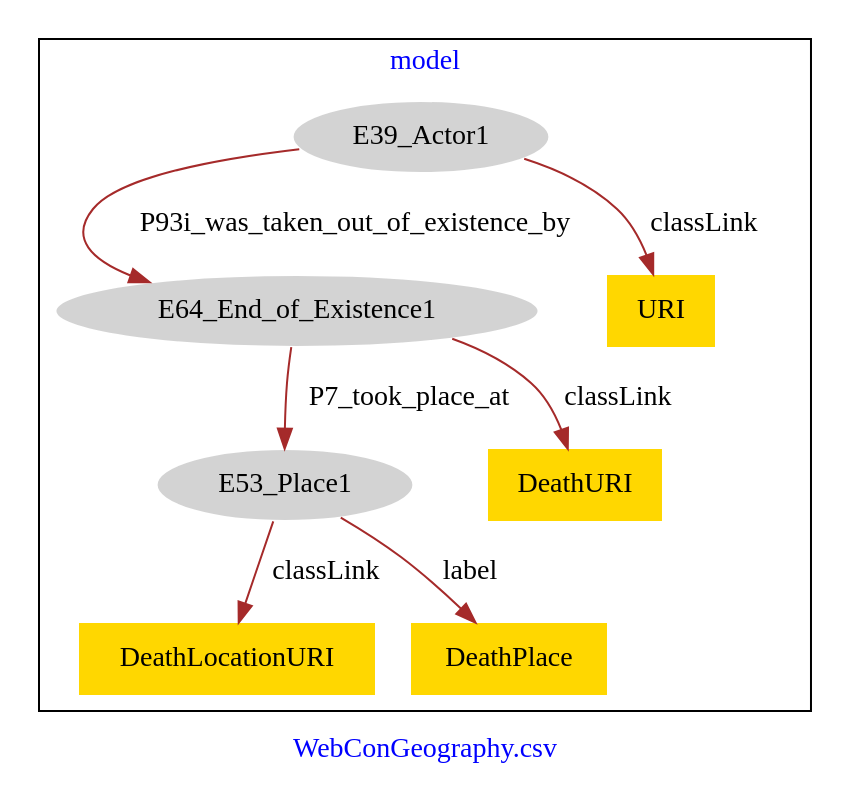
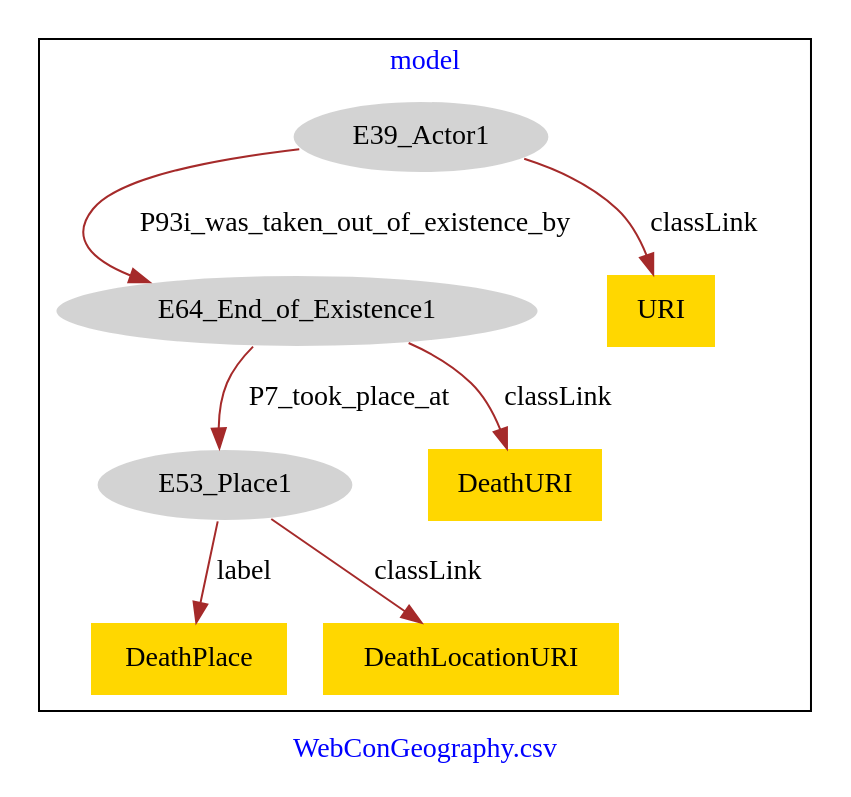
The diagram in WebConGeographyDeath/WebConGeographyDeath-model.dot (american-art/SAAM), drawn with Graphviz before and after one commit.

Commit message:
Update file WebConGeographyDeath-model.dot

```diff
--- a/WebConGeographyDeath/WebConGeographyDeath-model.dot
+++ b/WebConGeographyDeath/WebConGeographyDeath-model.dot
@@ -1,21 +1,21 @@
 digraph n0 {
 fontcolor="blue"
 remincross="true"
 label="WebConGeography.csv"
 subgraph cluster {
 label="model"
 n2[style="filled",color="white",fillcolor="lightgray",label="E39_Actor1"];
 n3[style="filled",color="white",fillcolor="lightgray",label="E64_End_of_Existence1"];
 n4[style="filled",color="white",fillcolor="lightgray",label="E53_Place1"];
-n5[shape="plaintext",style="filled",fillcolor="gold",label="DeathLocationURI"];
-n6[shape="plaintext",style="filled",fillcolor="gold",label="URI"];
-n7[shape="plaintext",style="filled",fillcolor="gold",label="DeathPlace"];
-n8[shape="plaintext",style="filled",fillcolor="gold",label="DeathURI"];
+n5[shape="plaintext",style="filled",fillcolor="gold",label="DeathURI"];
+n6[shape="plaintext",style="filled",fillcolor="gold",label="DeathPlace"];
+n7[shape="plaintext",style="filled",fillcolor="gold",label="DeathLocationURI"];
+n8[shape="plaintext",style="filled",fillcolor="gold",label="URI"];
 }
 n2 -> n3[color="brown",fontcolor="black",label="P93i_was_taken_out_of_existence_by"]
 n3 -> n4[color="brown",fontcolor="black",label="P7_took_place_at"]
-n4 -> n5[color="brown",fontcolor="black",label="classLink"]
-n2 -> n6[color="brown",fontcolor="black",label="classLink"]
-n4 -> n7[color="brown",fontcolor="black",label="label"]
-n3 -> n8[color="brown",fontcolor="black",label="classLink"]
+n3 -> n5[color="brown",fontcolor="black",label="classLink"]
+n4 -> n6[color="brown",fontcolor="black",label="label"]
+n4 -> n7[color="brown",fontcolor="black",label="classLink"]
+n2 -> n8[color="brown",fontcolor="black",label="classLink"]
 }
```
